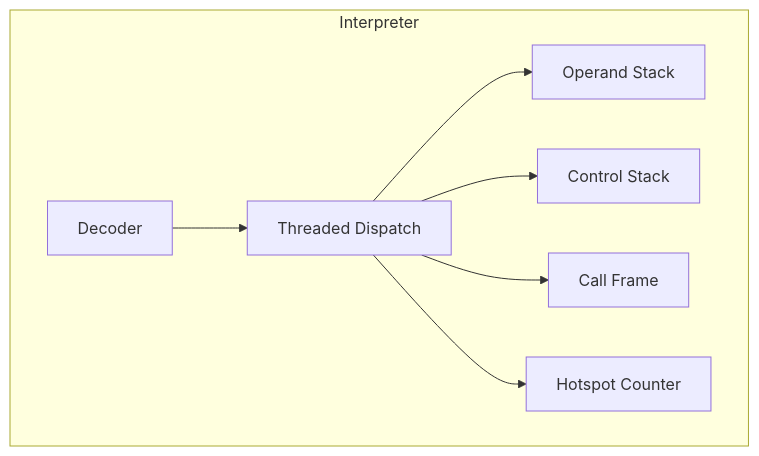
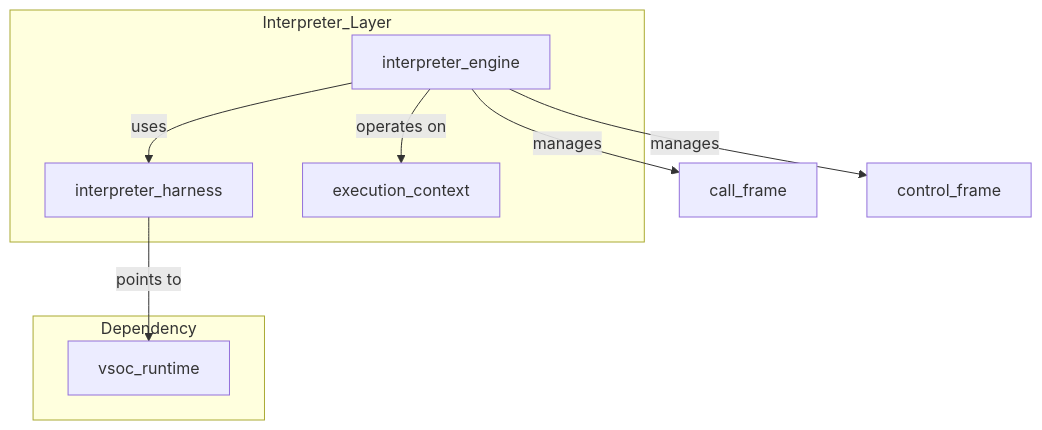
Before and after one commit to kmt-t/fireball: the first of 3 diagrams in docs/orders/components/interpreter.md, drawn with Mermaid. The commit also changed other lines of this file and 22 other files, not shown here.

````diff
--- a/docs/orders/components/interpreter.md
+++ b/docs/orders/components/interpreter.md
@@ -18,17 +17,18 @@
 ```mermaid
 graph TD
-    subgraph Interpreter
-        Decode[Decoder]
-        Dispatch[Threaded Dispatch]
-        Stack[Operand Stack]
-        Control[Control Stack]
-        Frame[Call Frame]
-        Hotspot[Hotspot Counter]
+    subgraph Interpreter_Layer
+        Harness[interpreter_harness]
+        Interp[interpreter_engine]
+        Context[execution_context]
     end
 
-    Decode --> Dispatch
-    Dispatch --> Stack
-    Dispatch --> Control
-    Dispatch --> Frame
-    Dispatch --> Hotspot
+    subgraph Dependency
+        Env[vsoc_runtime]
+    end
+
+    Interp -- uses --> Harness
+    Harness -- points to --> Env
+    Interp -- operates on --> Context
+    Interp -- manages --> Frame[call_frame]
+    Interp -- manages --> Control[control_frame]
 ```
````
